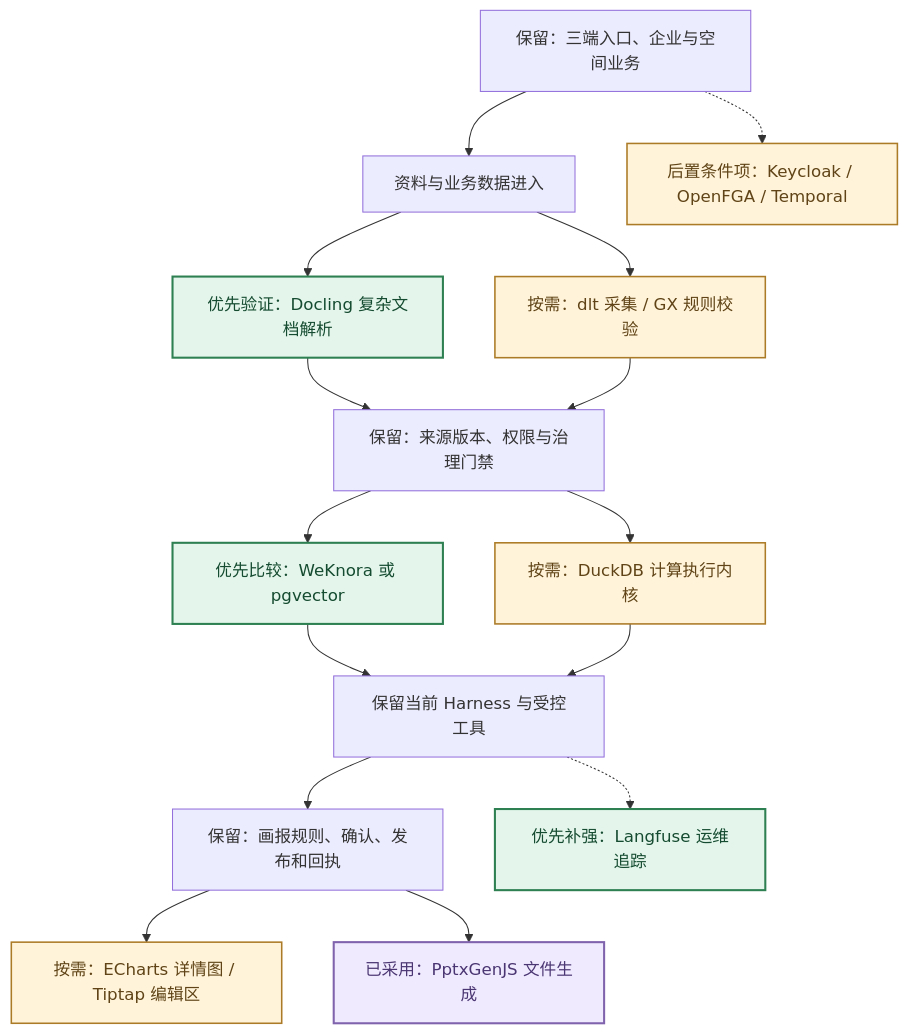
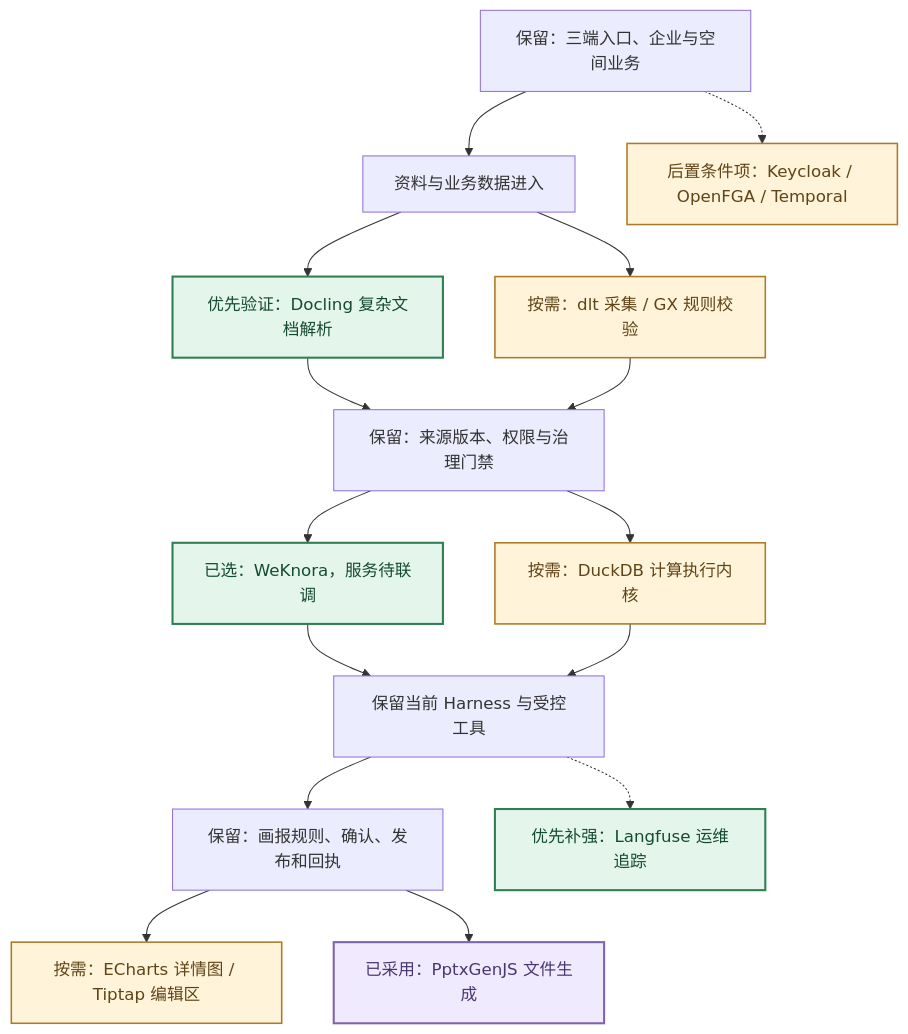
Before and after one commit to luofanghao9784/mengine-app: the first of 6 diagrams in docs/项目流程图/05-开源替代流程.md, drawn with Mermaid. The commit also changed other lines of this file and 72 other files, not shown here.

Commit message:
feat: add scoped WeKnora retrieval and optional first-batch adapters

````diff
--- a/docs/项目流程图/05-开源替代流程.md
+++ b/docs/项目流程图/05-开源替代流程.md
@@ -9,20 +9,20 @@
 ```mermaid
 flowchart TD
   product["保留：三端入口、企业与空间业务"] --> inputs["资料与业务数据进入"]
   inputs --> parser["优先验证：Docling 复杂文档解析"]:::ossPriority
   inputs --> collector["按需：dlt 采集 / GX 规则校验"]:::ossConditional
   parser --> policy["保留：来源版本、权限与治理门禁"]
   collector --> policy
-  policy --> retrieval["优先比较：WeKnora 或 pgvector"]:::ossPriority
+  policy --> retrieval["已选：WeKnora，服务待联调"]:::ossPriority
   policy --> calculator["按需：DuckDB 计算执行内核"]:::ossConditional
   retrieval --> agent["保留当前 Harness 与受控工具"]
   calculator --> agent
   agent --> delivery["保留：画报规则、确认、发布和回执"]
   delivery --> chart["按需：ECharts 详情图 / Tiptap 编辑区"]:::ossConditional
   delivery --> ppt["已采用：PptxGenJS 文件生成"]:::ossExisting
   agent -.-> trace["优先补强：Langfuse 运维追踪"]:::ossPriority
   product -.-> later["后置条件项：Keycloak / OpenFGA / Temporal"]:::ossConditional
   classDef ossPriority fill:#e4f6eb,stroke:#2e8052,color:#154b30,stroke-width:2px
   classDef ossConditional fill:#fff3d9,stroke:#ac7b27,color:#604417,stroke-width:1.5px
   classDef ossExisting fill:#f0eaff,stroke:#8063ad,color:#4a3672,stroke-width:2px
 ```
````
